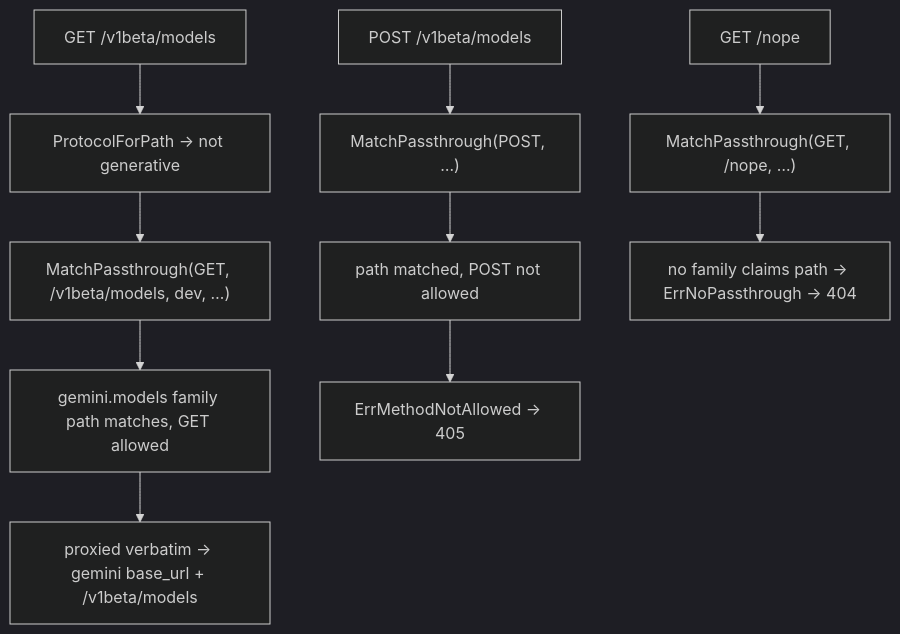
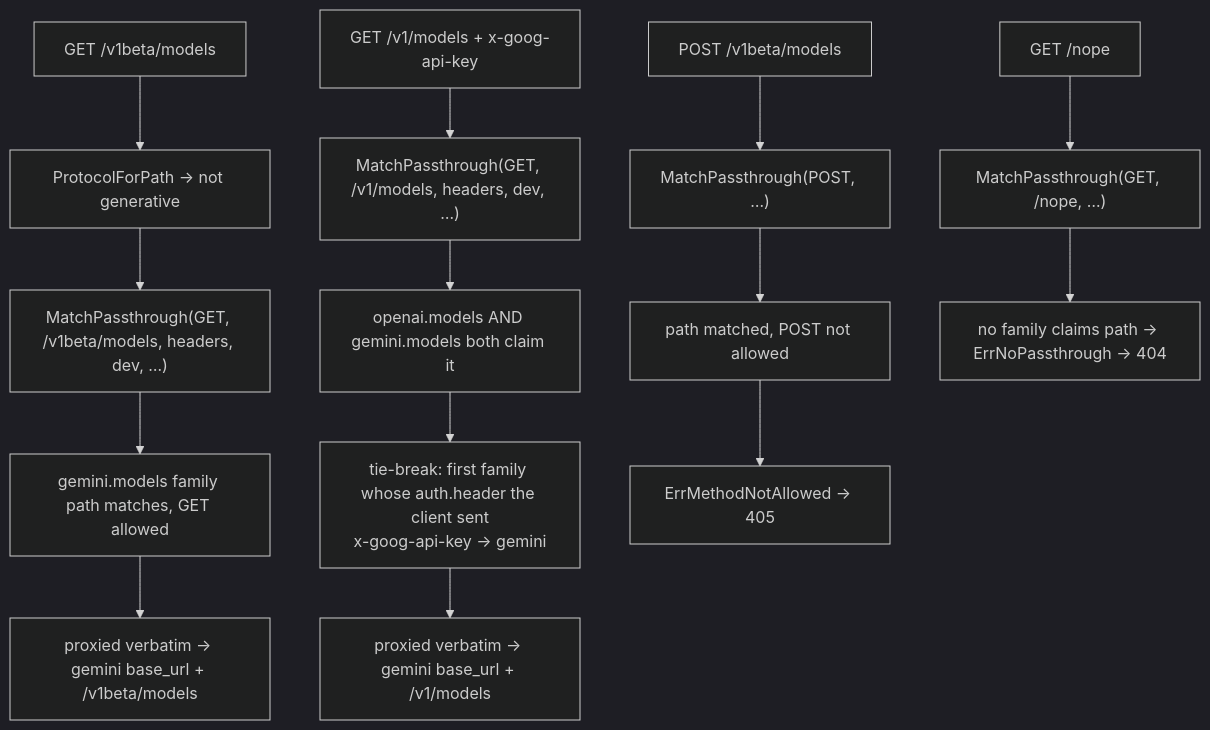
The fourth of 4 diagrams in docs/routing.md (andyjmorgan/slipspace-gateway), drawn with Mermaid (dark theme) before and after one commit. The commit also changed other lines of this file and 23 other files, not shown here.

````diff
--- a/docs/routing.md
+++ b/docs/routing.md
@@ -336,12 +338,16 @@
 ```mermaid
 flowchart TB
     A["GET /v1beta/models"] --> P["ProtocolForPath → not generative"]
-    P --> MP["MatchPassthrough(GET, /v1beta/models, dev, …)"]
+    P --> MP["MatchPassthrough(GET, /v1beta/models, headers, dev, …)"]
     MP --> F["gemini.models family path matches, GET allowed"]
     F --> PV["proxied verbatim → gemini base_url + /v1beta/models"]
+    A4["GET /v1/models + x-goog-api-key"] --> MP4["MatchPassthrough(GET, /v1/models, headers, dev, …)"]
+    MP4 --> TIE["openai.models AND gemini.models both claim it"]
+    TIE --> HDR["tie-break: first family whose auth.header the client sent<br/>x-goog-api-key → gemini"]
+    HDR --> PV2["proxied verbatim → gemini base_url + /v1/models"]
     A2["POST /v1beta/models"] --> MP2["MatchPassthrough(POST, …)"]
     MP2 --> MM["path matched, POST not allowed"]
     MM --> R405["ErrMethodNotAllowed → 405"]
     A3["GET /nope"] --> MP3["MatchPassthrough(GET, /nope, …)"]
     MP3 --> NR["no family claims path → ErrNoPassthrough → 404"]
 ```
````
